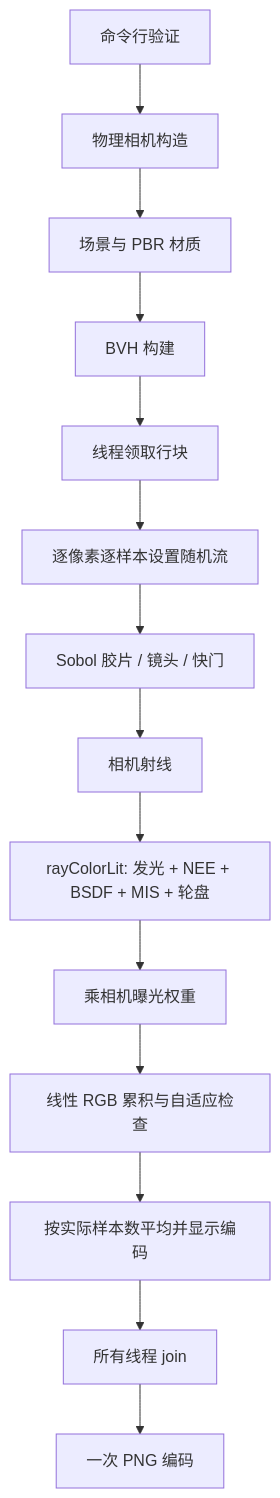
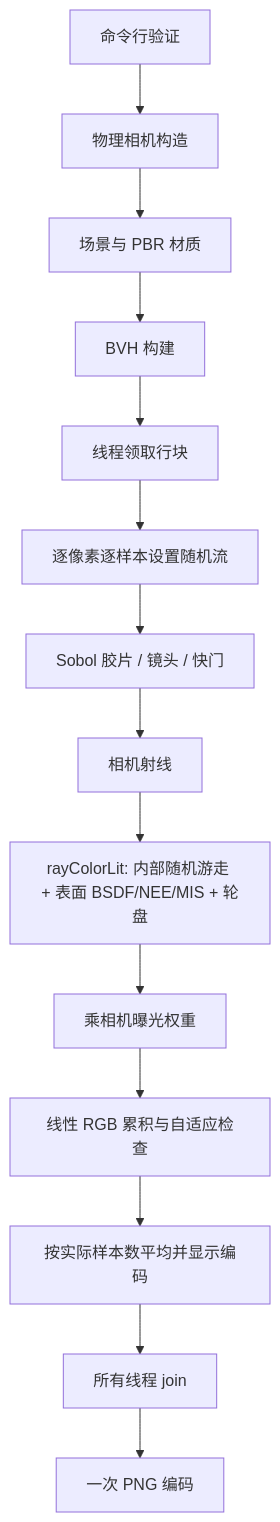
The diagram in README.md (lzorn-lzorn/ZRenderer), drawn with Mermaid before and after one commit. The commit also changed other lines of this file and 19 other files, not shown here.

````diff
--- a/README.md
+++ b/README.md
@@ -95,16 +120,16 @@
 ```mermaid
 flowchart TD
     A[命令行验证] --> B[物理相机构造]
     B --> C[场景与 PBR 材质]
     C --> D[BVH 构建]
     D --> E[线程领取行块]
     E --> F[逐像素逐样本设置随机流]
     F --> G[Sobol 胶片 / 镜头 / 快门]
     G --> H[相机射线]
-    H --> I[rayColorLit: 发光 + NEE + BSDF + MIS + 轮盘]
+    H --> I[rayColorLit: 内部随机游走 + 表面 BSDF/NEE/MIS + 轮盘]
     I --> J[乘相机曝光权重]
     J --> K[线性 RGB 累积与自适应检查]
     K --> L[按实际样本数平均并显示编码]
     L --> M[所有线程 join]
     M --> N[一次 PNG 编码]
 ```
````
